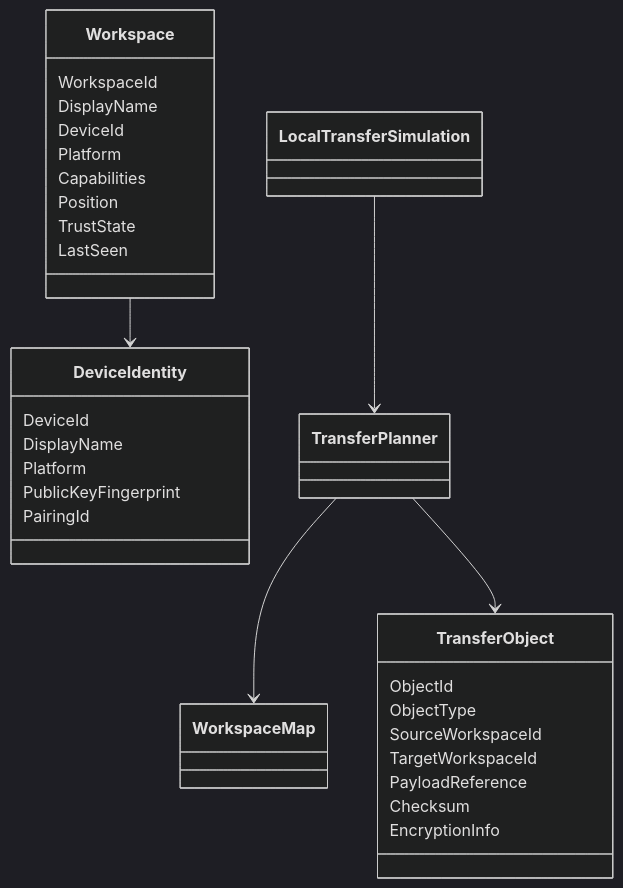
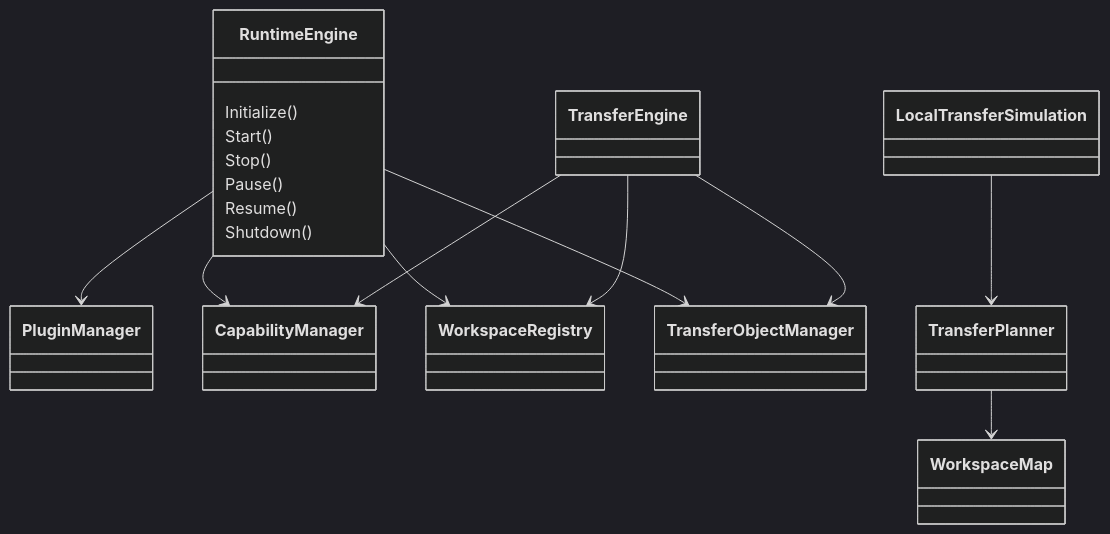
One commit to rk-engineeringAToutlook-de/RKWorkspace changed the diagram in Docs/02_SoftwareArchitecture.md. Above: the diagram before and after it, drawn with Mermaid (dark theme). The commit also changed other lines of this file and 15 other files, not shown here.

Commit message:
feat(core): add runtime engine

````diff
--- a/Docs/02_SoftwareArchitecture.md
+++ b/Docs/02_SoftwareArchitecture.md
@@ -36,37 +36,29 @@
 ```mermaid
 classDiagram
-    class Workspace {
-        WorkspaceId
-        DisplayName
-        DeviceId
-        Platform
-        Capabilities
-        Position
-        TrustState
-        LastSeen
+    class RuntimeEngine {
+        Initialize()
+        Start()
+        Stop()
+        Pause()
+        Resume()
+        Shutdown()
     }
-    class DeviceIdentity {
-        DeviceId
-        DisplayName
-        Platform
-        PublicKeyFingerprint
-        PairingId
-    }
-    class TransferObject {
-        ObjectId
-        ObjectType
-        SourceWorkspaceId
-        TargetWorkspaceId
-        PayloadReference
-        Checksum
-        EncryptionInfo
-    }
+    class PluginManager
+    class CapabilityManager
+    class WorkspaceRegistry
+    class TransferObjectManager
+    class TransferEngine
     class WorkspaceMap
     class TransferPlanner
     class LocalTransferSimulation
 
-    Workspace --> DeviceIdentity
+    RuntimeEngine --> PluginManager
+    RuntimeEngine --> CapabilityManager
+    RuntimeEngine --> WorkspaceRegistry
+    RuntimeEngine --> TransferObjectManager
+    TransferEngine --> WorkspaceRegistry
+    TransferEngine --> CapabilityManager
+    TransferEngine --> TransferObjectManager
     TransferPlanner --> WorkspaceMap
-    TransferPlanner --> TransferObject
     LocalTransferSimulation --> TransferPlanner
 ```
````
